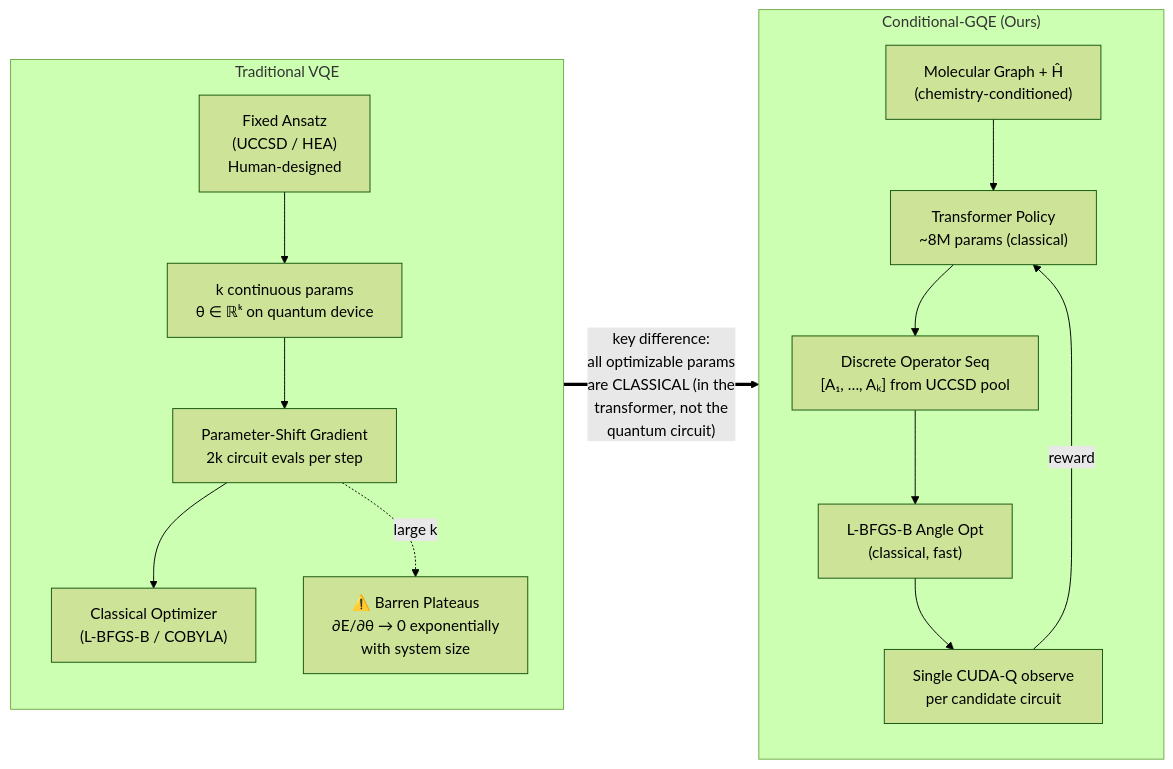
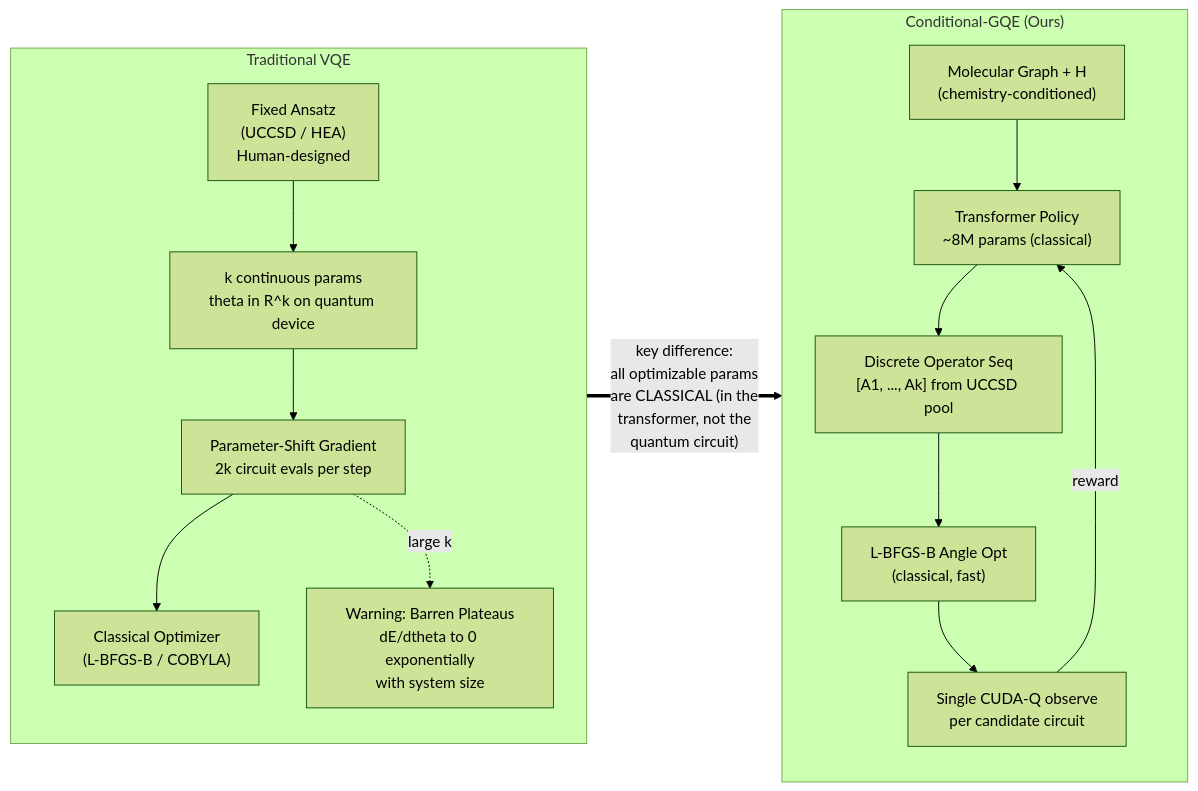
Before and after one commit to Quantum-Buddies/Conditional-GQE_materials: the fourth of 11 diagrams in README.md, drawn with Mermaid (forest theme). The commit also changed other lines of this file, not shown here.

First line of the commit message:
fix: replace all Unicode with ASCII in Mermaid diagrams for GitHub rendering

````diff
--- a/README.md
+++ b/README.md
@@ -239,26 +239,26 @@
 ```mermaid
 flowchart LR
     subgraph VQE ["Traditional VQE"]
         direction TB
         VAns["Fixed Ansatz<br>(UCCSD / HEA)<br>Human-designed"]
-        VParam["k continuous params<br>θ ∈ ℝᵏ on quantum device"]
+        VParam["k continuous params<br>theta in R^k on quantum device"]
         VGrad["Parameter-Shift Gradient<br>2k circuit evals per step"]
         VOpt["Classical Optimizer<br>(L-BFGS-B / COBYLA)"]
-        VBP["⚠️ Barren Plateaus<br>∂E/∂θ → 0 exponentially<br>with system size"]
+        VBP["Warning: Barren Plateaus<br>dE/dtheta to 0 exponentially<br>with system size"]
         VAns --> VParam --> VGrad --> VOpt
         VGrad -.->|"large k"| VBP
     end
 
     subgraph CGQE ["Conditional-GQE (Ours)"]
         direction TB
-        CInput["Molecular Graph + Ĥ<br>(chemistry-conditioned)"]
+        CInput["Molecular Graph + H<br>(chemistry-conditioned)"]
         CAI["Transformer Policy<br>~8M params (classical)"]
-        CSeq["Discrete Operator Seq<br>[A₁, …, Aₖ] from UCCSD pool"]
+        CSeq["Discrete Operator Seq<br>[A1, ..., Ak] from UCCSD pool"]
         CLBFGS["L-BFGS-B Angle Opt<br>(classical, fast)"]
         CEval["Single CUDA-Q observe<br>per candidate circuit"]
         CInput --> CAI --> CSeq --> CLBFGS --> CEval
         CEval -->|"reward"| CAI
     end
 
     VQE ==>|"key difference:<br>all optimizable params<br>are CLASSICAL (in the<br>transformer, not the<br>quantum circuit)"| CGQE
 ```
````
